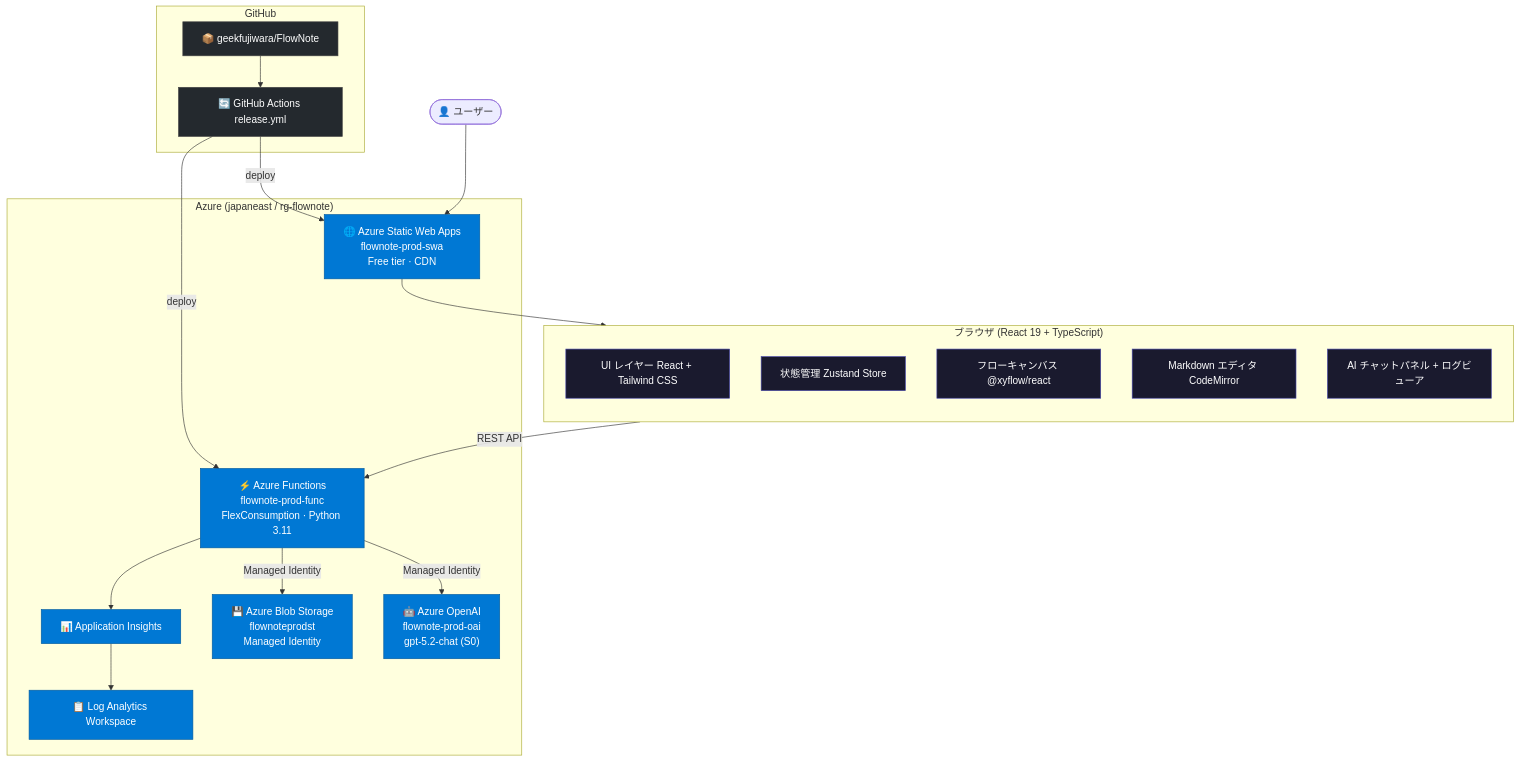
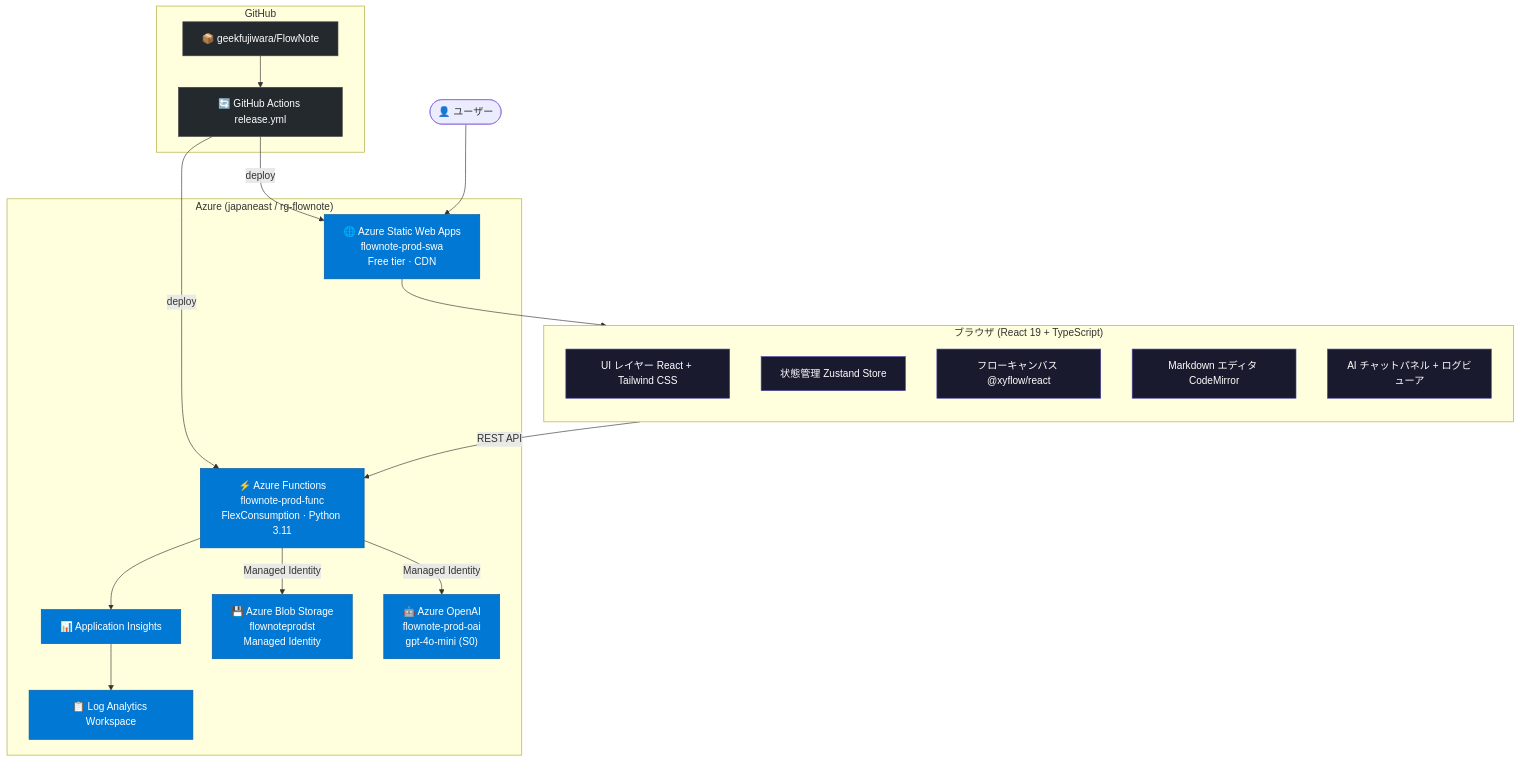
The first of 5 diagrams in README.md (geekfujiwara/FlowNote), drawn with Mermaid before and after one commit. The commit also changed other lines of this file and 1 other file, not shown here.

Commit message:
fix: replace unsupported model names with gpt-4o-mini to fix 400 error

````diff
--- a/README.md
+++ b/README.md
@@ -59,43 +59,43 @@
 ```mermaid
 graph TB
     subgraph Client["ブラウザ (React 19 + TypeScript)"]
         direction TB
         UI["UI レイヤー React + Tailwind CSS"]
         Store["状態管理 Zustand Store"]
         Canvas["フローキャンバス @xyflow/react"]
         Editor["Markdown エディタ CodeMirror"]
         Chat["AI チャットパネル + ログビューア"]
     end
 
     subgraph Azure["Azure (japaneast / rg-flownote)"]
         SWA["🌐 Azure Static Web Apps\nflownote-prod-swa\nFree tier · CDN"]
         Func["⚡ Azure Functions\nflownote-prod-func\nFlexConsumption · Python 3.11"]
-        OAI["🤖 Azure OpenAI\nflownote-prod-oai\ngpt-5.2-chat (S0)"]
+        OAI["🤖 Azure OpenAI\nflownote-prod-oai\ngpt-4o-mini (S0)"]
         Blob["💾 Azure Blob Storage\nflownoteprodst\nManaged Identity"]
         APPI["📊 Application Insights"]
         LAW["📋 Log Analytics Workspace"]
     end
 
     subgraph GitHub["GitHub"]
         Repo["📦 geekfujiwara/FlowNote"]
         Actions["🔄 GitHub Actions release.yml"]
     end
 
     User(["👤 ユーザー"]) --> SWA
     SWA --> Client
     Client -- "REST API" --> Func
     Func -- "Managed Identity" --> OAI
     Func -- "Managed Identity" --> Blob
     Func --> APPI
     APPI --> LAW
     Repo --> Actions
     Actions -- "deploy" --> SWA
     Actions -- "deploy" --> Func
 
     classDef azure fill:#0078d4,color:#fff,stroke:#005a9e
     classDef client fill:#1a1a2e,color:#fff,stroke:#4444aa
     classDef github fill:#24292e,color:#fff,stroke:#444
     class SWA,Func,OAI,Blob,APPI,LAW azure
     class UI,Store,Canvas,Editor,Chat client
     class Repo,Actions github
 ```
````
